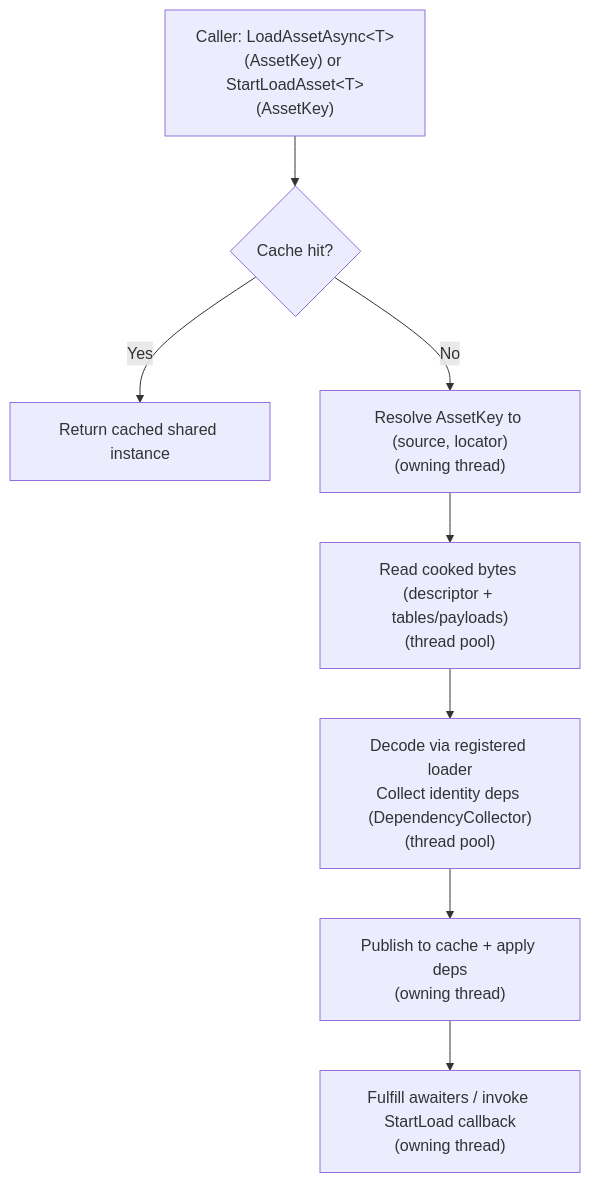
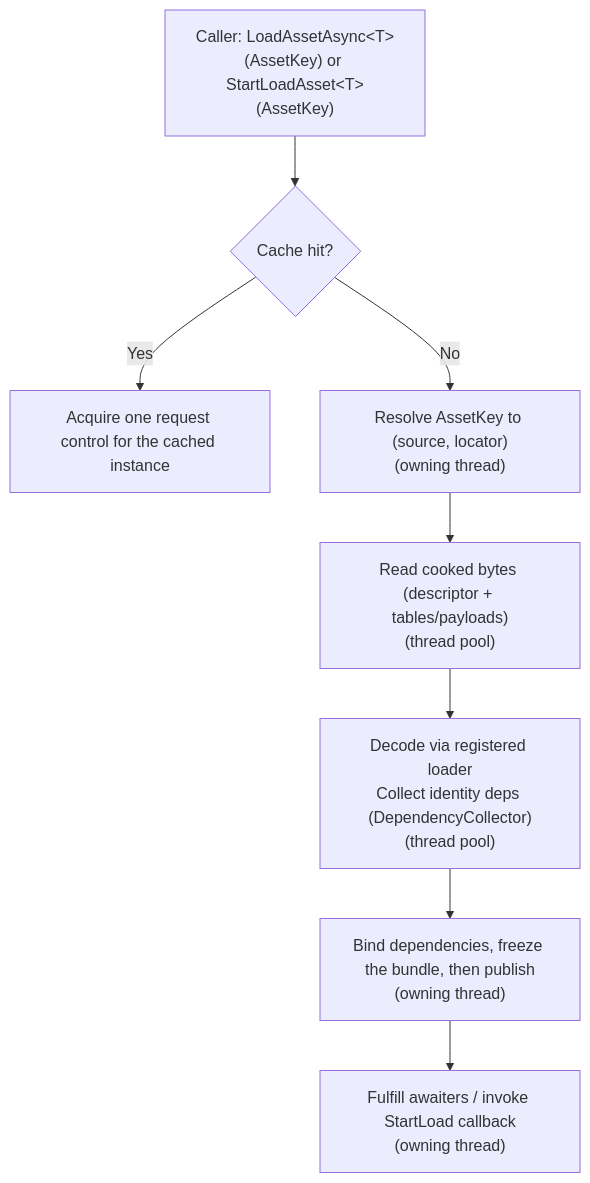
The first of 3 diagrams in projects/Oxygen.Engine/src/Oxygen/Content/Docs/overview.md (abdes/DroidNet), drawn with Mermaid before and after one commit. The commit also changed other lines of this file and 72 other files, not shown here.

````diff
--- a/projects/Oxygen.Engine/src/Oxygen/Content/Docs/overview.md
+++ b/projects/Oxygen.Engine/src/Oxygen/Content/Docs/overview.md
@@ -179,10 +178,10 @@
 ```mermaid
 flowchart TD
   A["Caller: LoadAssetAsync&lt;T&gt;(AssetKey) or StartLoadAsset&lt;T&gt;(AssetKey)"] --> B{"Cache hit?"}
-  B -- Yes --> C["Return cached shared instance"]
+  B -- Yes --> C["Acquire one request control for the cached instance"]
   B -- No --> D["Resolve AssetKey to (source, locator)<br/>(owning thread)"]
   D --> E["Read cooked bytes (descriptor + tables/payloads)<br/>(thread pool)"]
   E --> F["Decode via registered loader<br/>Collect identity deps (DependencyCollector)<br/>(thread pool)"]
-  F --> G["Publish to cache + apply deps<br/>(owning thread)"]
+  F --> G["Bind dependencies, freeze the bundle, then publish<br/>(owning thread)"]
   G --> H["Fulfill awaiters / invoke StartLoad callback<br/>(owning thread)"]
 ```
````
